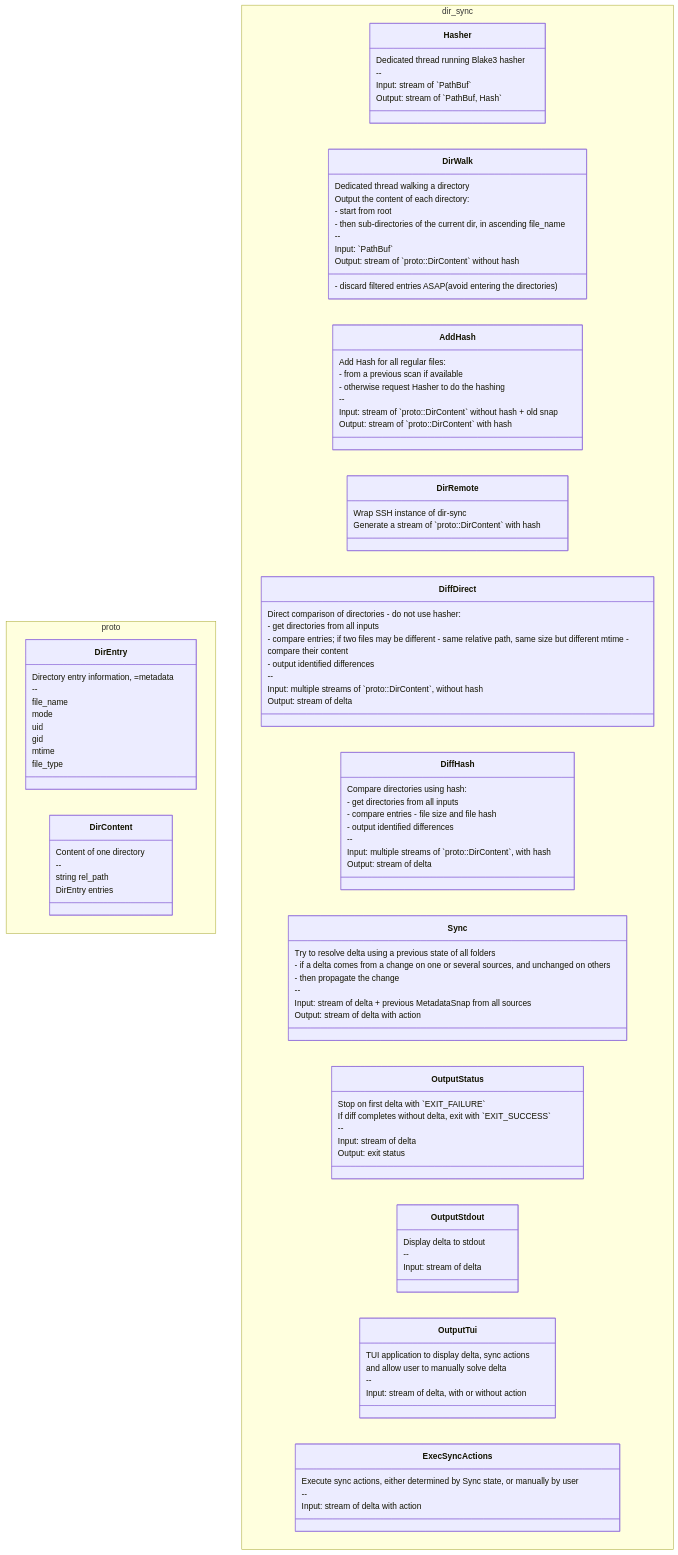
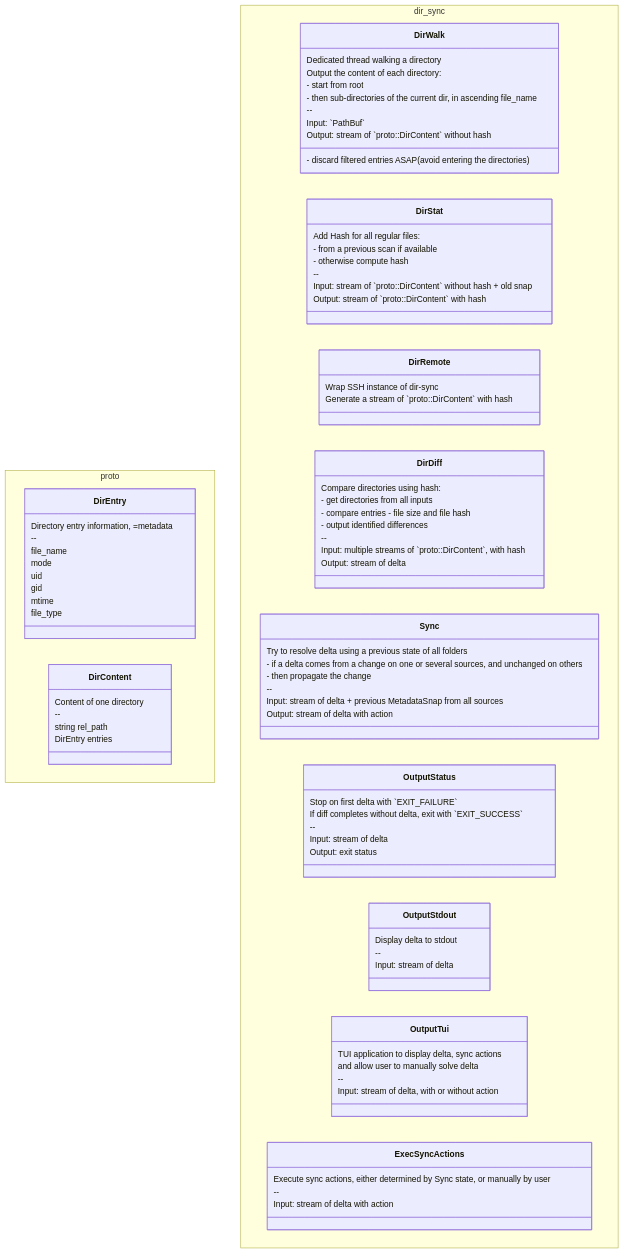
The first of 3 diagrams in doc/archi.md (mic006/dir-sync), drawn with Mermaid before and after one commit. The commit also changed other lines of this file and 2 other files, not shown here.

Commit message:
feat: rename fs.proto to common.proto

```diff
--- a/doc/archi.md
+++ b/doc/archi.md
@@ -23,12 +23,6 @@
     }
 }
 namespace dir_sync {
-    class Hasher {
-        Dedicated thread running Blake3 hasher
-        --
-        Input: stream of `PathBuf`
-        Output: stream of `PathBuf, Hash`
-    }
     class DirWalk {
         Dedicated thread walking a directory
         Output the content of each directory:
@@ -39,10 +33,10 @@
         Input: `PathBuf`
         Output: stream of `proto::DirContent` without hash
     }
-    class AddHash {
+    class DirStat {
         Add Hash for all regular files:
         - from a previous scan if available
-        - otherwise request Hasher to do the hashing
+        - otherwise compute hash
         --
         Input: stream of `proto::DirContent` without hash + old snap
         Output: stream of `proto::DirContent` with hash
@@ -51,17 +45,7 @@
         Wrap SSH instance of dir-sync
         Generate a stream of `proto::DirContent` with hash        
     }
-    class DiffDirect {
-        Direct comparison of directories - do not use hasher:
-        - get directories from all inputs
-        - compare entries; if two files may be different - same relative path, same size but different mtime -
-        compare their content
-        - output identified differences
-        --
-        Input: multiple streams of `proto::DirContent`, without hash
-        Output: stream of delta
-    }
-    class DiffHash {
+    class DirDiff {
         Compare directories using hash:
         - get directories from all inputs
         - compare entries - file size and file hash
```
